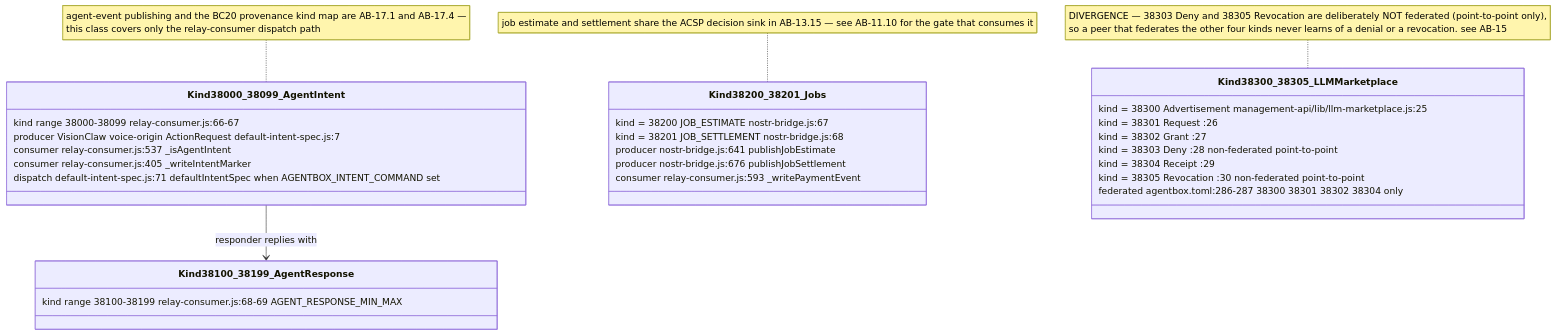
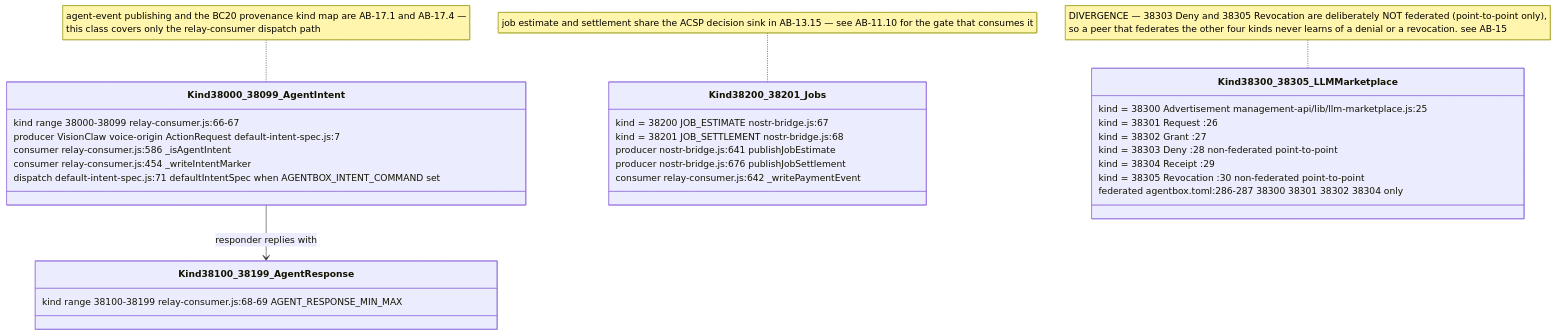
The sixth of 17 diagrams in docs/diagrams/agentbox/13-nostr-relay-gateway-bridge-mirror.md (DreamLab-AI/AR-AI-Knowledge-Graph), drawn with Mermaid before and after one commit. The commit also changed other lines of this file and 73 other files, not shown here.

First line of the commit message:
docs(diagrams): re-verify all 71 topic files against HEAD; add --cite-check

````diff
--- a/docs/diagrams/agentbox/13-nostr-relay-gateway-bridge-mirror.md
+++ b/docs/diagrams/agentbox/13-nostr-relay-gateway-bridge-mirror.md
@@ -226,33 +227,33 @@
 ```mermaid
 classDiagram
     class Kind38000_38099_AgentIntent {
         kind range 38000-38099 relay-consumer.js:66-67
         producer VisionClaw voice-origin ActionRequest default-intent-spec.js:7
-        consumer relay-consumer.js:537 _isAgentIntent
-        consumer relay-consumer.js:405 _writeIntentMarker
+        consumer relay-consumer.js:586 _isAgentIntent
+        consumer relay-consumer.js:454 _writeIntentMarker
         dispatch default-intent-spec.js:71 defaultIntentSpec when AGENTBOX_INTENT_COMMAND set
     }
     class Kind38100_38199_AgentResponse {
         kind range 38100-38199 relay-consumer.js:68-69 AGENT_RESPONSE_MIN_MAX
     }
     class Kind38200_38201_Jobs {
         kind = 38200 JOB_ESTIMATE nostr-bridge.js:67
         kind = 38201 JOB_SETTLEMENT nostr-bridge.js:68
         producer nostr-bridge.js:641 publishJobEstimate
         producer nostr-bridge.js:676 publishJobSettlement
-        consumer relay-consumer.js:593 _writePaymentEvent
+        consumer relay-consumer.js:642 _writePaymentEvent
     }
     class Kind38300_38305_LLMMarketplace {
         kind = 38300 Advertisement management-api/lib/llm-marketplace.js:25
         kind = 38301 Request :26
         kind = 38302 Grant :27
         kind = 38303 Deny :28 non-federated point-to-point
         kind = 38304 Receipt :29
         kind = 38305 Revocation :30 non-federated point-to-point
         federated agentbox.toml:286-287 38300 38301 38302 38304 only
     }
     Kind38000_38099_AgentIntent --> Kind38100_38199_AgentResponse : responder replies with
     note for Kind38200_38201_Jobs "job estimate and settlement share the ACSP decision sink in AB-13.15 — see AB-11.10 for the gate that consumes it"
     note for Kind38000_38099_AgentIntent "agent-event publishing and the BC20 provenance kind map are AB-17.1 and AB-17.4 —<br/>this class covers only the relay-consumer dispatch path"
     note for Kind38300_38305_LLMMarketplace "DIVERGENCE — 38303 Deny and 38305 Revocation are deliberately NOT federated (point-to-point only),<br/>so a peer that federates the other four kinds never learns of a denial or a revocation. see AB-15"
 ```
````
